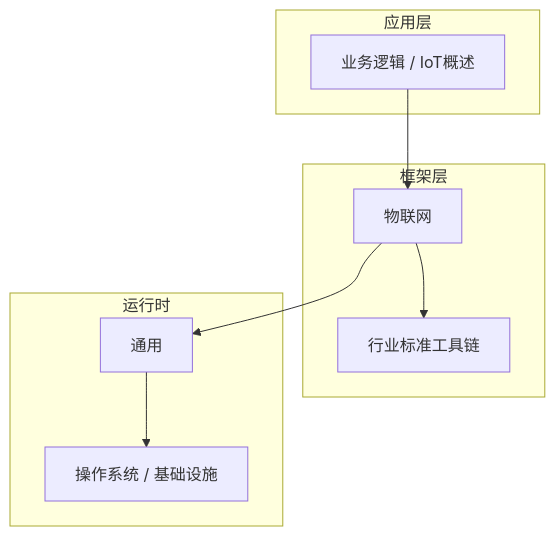
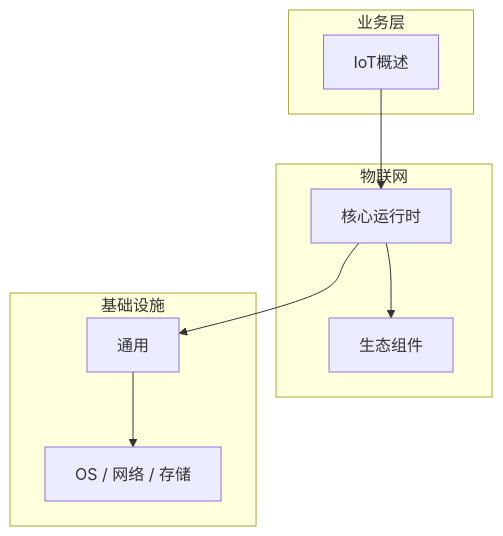
Before and after one commit to yanggan2015/knowledge-json-v2: the diagram in articles/物联网/chapters/001-IoT概述核心概念与原理.md, drawn with Mermaid. The commit also changed other lines of this file and 10127 other files, not shown here.

````diff
--- a/articles/物联网/chapters/001-IoT概述核心概念与原理.md
+++ b/articles/物联网/chapters/001-IoT概述核心概念与原理.md
@@ -45,18 +30,18 @@
 ```mermaid
 graph TB
-    subgraph 应用层
-        A[业务逻辑 / IoT概述]
+    subgraph 业务层
+        A[IoT概述]
     end
-    subgraph 框架层
-        B[物联网]
-        C[行业标准工具链]
+    subgraph 物联网
+        B[核心运行时]
+        C[生态组件]
     end
-    subgraph 运行时
+    subgraph 基础设施
         D[通用]
-        E[操作系统 / 基础设施]
+        E[OS / 网络 / 存储]
     end
     A --> B
     B --> C
     B --> D
     D --> E
 ```
````
